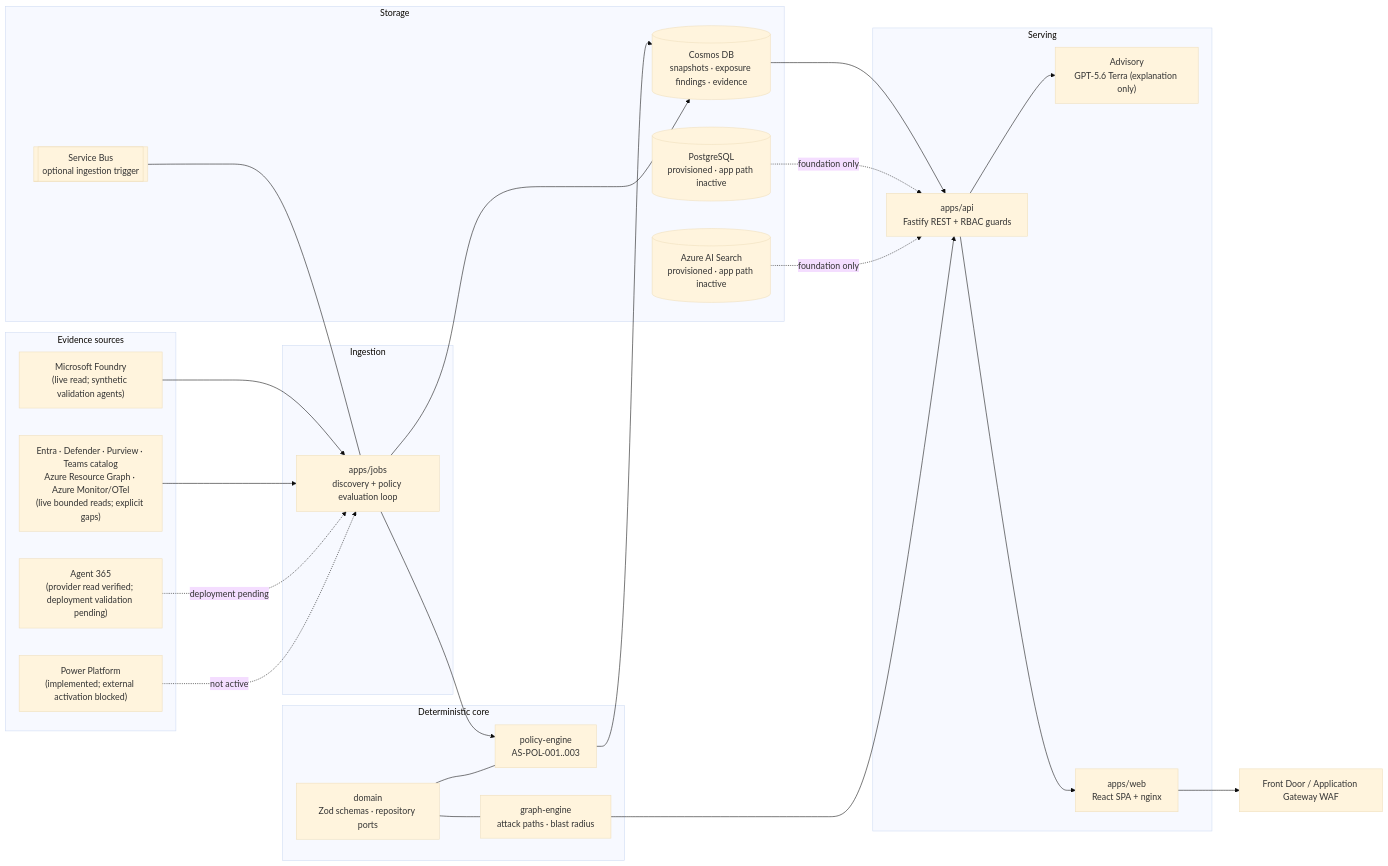
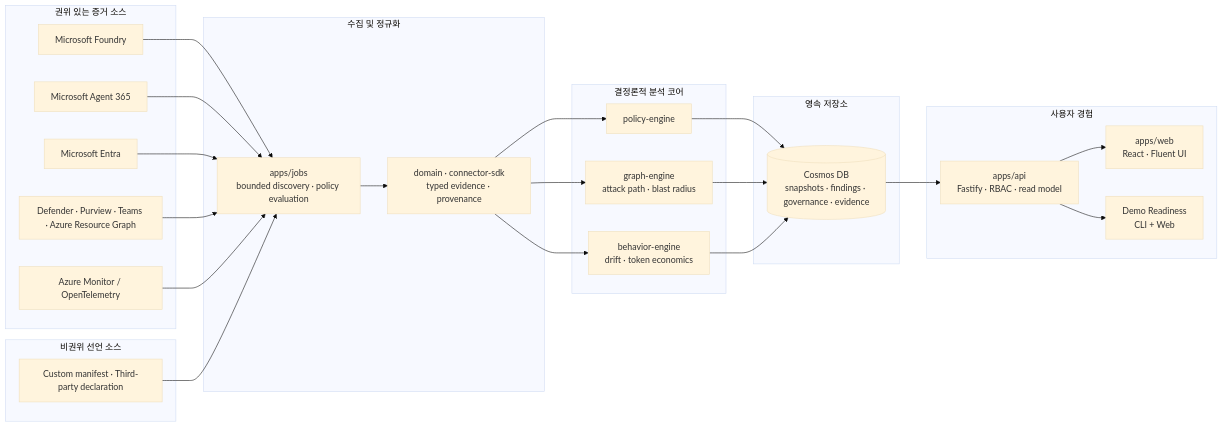
One commit to YOONPYOGitHub/agent-sentinel changed the diagram in README.md. Above: the diagram before and after it, drawn with Mermaid (base theme). The commit also changed other lines of this file, not shown here.

````diff
--- a/README.md
+++ b/README.md
@@ -88,49 +84,43 @@
 ```mermaid
 flowchart LR
-    subgraph Sources["Evidence sources"]
-        FDRY["Microsoft Foundry<br/>(live read; synthetic validation agents)"]
-        LIVE["Entra · Defender · Purview · Teams catalog<br/>Azure Resource Graph · Azure Monitor/OTel<br/>(live bounded reads; explicit gaps)"]
-        BLOCKED["Power Platform<br/>(implemented; external activation blocked)"]
-        A365["Agent 365<br/>(provider read verified; deployment validation pending)"]
+    subgraph Sources["권위 있는 증거 소스"]
+        F["Microsoft Foundry"]
+        A365["Microsoft Agent 365"]
+        E["Microsoft Entra"]
+        GOV["Defender · Purview · Teams · Azure Resource Graph"]
+        OTEL["Azure Monitor / OpenTelemetry"]
     end
 
-    subgraph Ingest["Ingestion"]
-        JOBS["apps/jobs<br/>discovery + policy evaluation loop"]
+    subgraph Declared["비권위 선언 소스"]
+        EXT["Custom manifest · Third-party declaration"]
     end
 
-    subgraph Core["Deterministic core"]
-        GRAPH["graph-engine<br/>attack paths · blast radius"]
-        POLICY["policy-engine<br/>AS-POL-001..003"]
-        DOMAIN["domain<br/>Zod schemas · repository ports"]
+    subgraph Ingestion["수집 및 정규화"]
+        JOBS["apps/jobs<br/>bounded discovery · policy evaluation"]
+        DOMAIN["domain · connector-sdk<br/>typed evidence · provenance"]
     end
 
-    subgraph Store["Storage"]
-        COSMOS[("Cosmos DB<br/>snapshots · exposure findings · evidence")]
-        PG[("PostgreSQL<br/>provisioned · app path inactive")]
-        SEARCH[("Azure AI Search<br/>provisioned · app path inactive")]
-        SB[["Service Bus<br/>optional ingestion trigger"]]
+    subgraph Core["결정론적 분석 코어"]
+        POLICY["policy-engine"]
+        GRAPH["graph-engine<br/>attack path · blast radius"]
+        BEHAVIOR["behavior-engine<br/>drift · token economics"]
     end
 
-    subgraph Serve["Serving"]
-        API["apps/api<br/>Fastify REST + RBAC guards"]
-        ADV["Advisory<br/>GPT-5.6 Terra (explanation only)"]
-        WEB["apps/web<br/>React SPA + nginx"]
+    subgraph Store["영속 저장소"]
+        COSMOS[("Cosmos DB<br/>snapshots · findings · governance · evidence")]
     end
 
-    FDRY --> JOBS
-    LIVE --> JOBS
-    A365 -.deployment pending.-> JOBS
-    BLOCKED -.not active.-> JOBS
-    JOBS --> POLICY --> COSMOS
-    JOBS --> COSMOS
-    DOMAIN --- POLICY
-    DOMAIN --- GRAPH
-    COSMOS --> API
-    PG -.foundation only.-> API
-    SEARCH -.foundation only.-> API
-    SB --- JOBS
-    GRAPH --> API
-    API --> ADV
-    API --> WEB
-    WEB --> EDGE["Front Door / Application Gateway WAF"]
+    subgraph Experience["사용자 경험"]
+        API["apps/api<br/>Fastify · RBAC · read model"]
+        WEB["apps/web<br/>React · Fluent UI"]
+        READY["Demo Readiness<br/>CLI + Web"]
+    end
+
+    F & A365 & E & GOV & OTEL & EXT --> JOBS
+    JOBS --> DOMAIN --> POLICY
+    DOMAIN --> GRAPH
+    DOMAIN --> BEHAVIOR
+    POLICY & GRAPH & BEHAVIOR --> COSMOS
+    COSMOS --> API --> WEB
+    API --> READY
 ```
````
